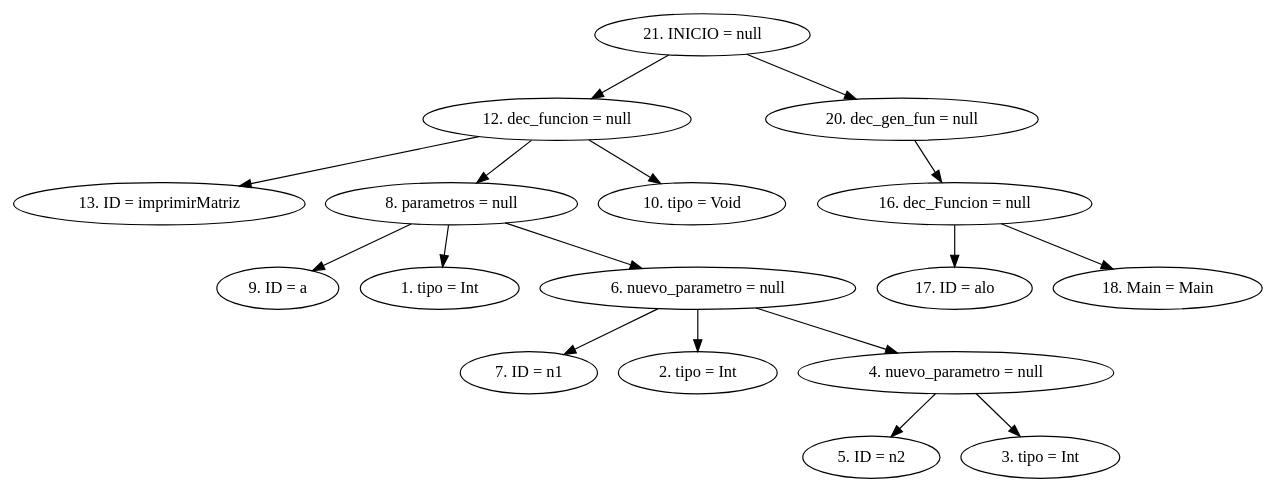
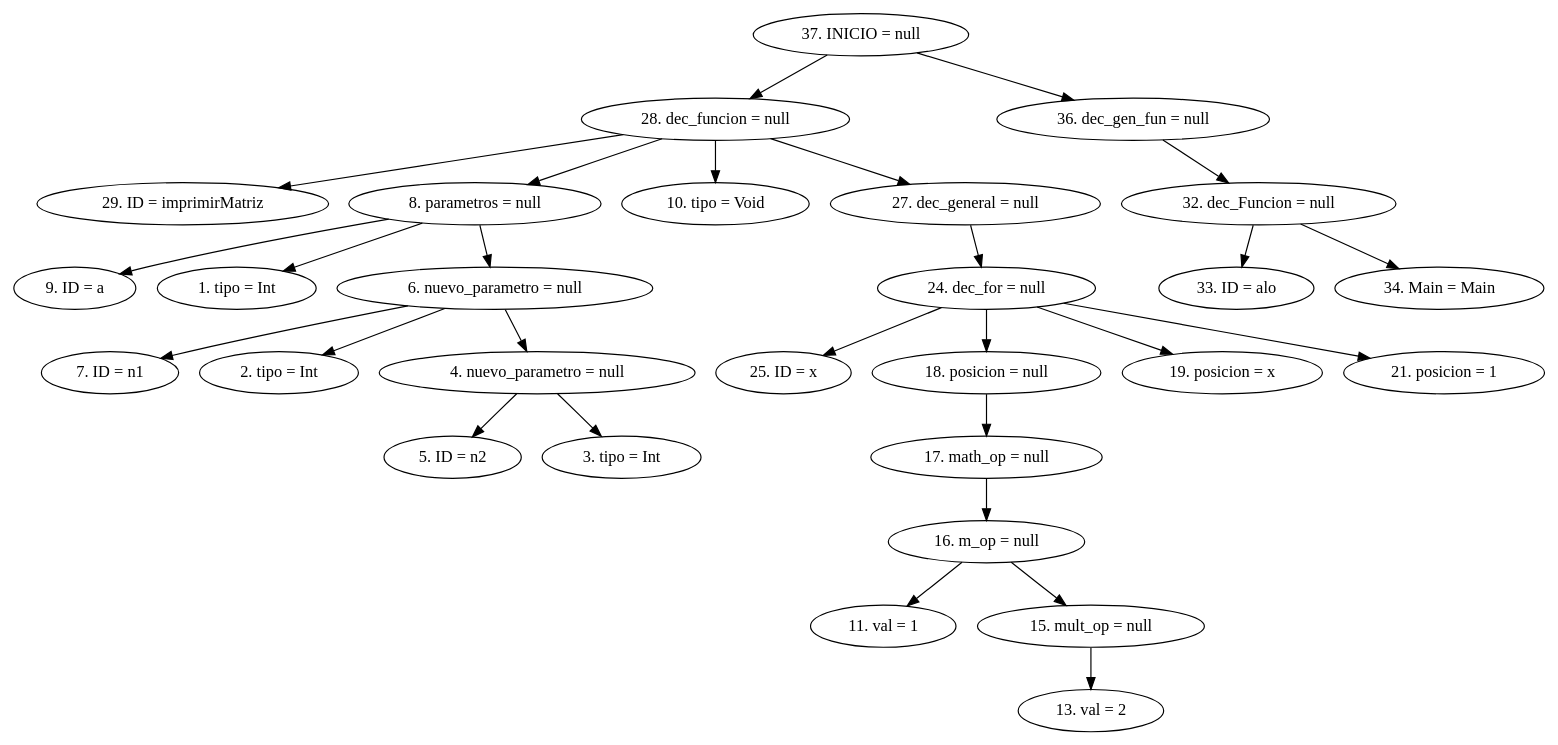
One commit to CarlosSosVos/NACHTs changed the diagram in AST.dot. Above: the diagram before and after it, drawn with Graphviz. The commit also changed 7 other files, not shown here.

```diff
--- a/AST.dot
+++ b/AST.dot
@@ -1,20 +1,31 @@
 digraph G {
-"21. INICIO = null"->"12. dec_funcion = null"
-"12. dec_funcion = null"->"13. ID = imprimirMatriz"
-"12. dec_funcion = null"->"8. parametros = null"
+"37. INICIO = null"->"28. dec_funcion = null"
+"28. dec_funcion = null"->"29. ID = imprimirMatriz"
+"28. dec_funcion = null"->"8. parametros = null"
 "8. parametros = null"->"9. ID = a"
 "8. parametros = null"->"1. tipo = Int"
 "8. parametros = null"->"6. nuevo_parametro = null"
 "6. nuevo_parametro = null"->"7. ID = n1"
 "6. nuevo_parametro = null"->"2. tipo = Int"
 "6. nuevo_parametro = null"->"4. nuevo_parametro = null"
 "4. nuevo_parametro = null"->"5. ID = n2"
 "4. nuevo_parametro = null"->"3. tipo = Int"
-"12. dec_funcion = null"->"10. tipo = Void"
-"21. INICIO = null"->"20. dec_gen_fun = null"
-"20. dec_gen_fun = null"->"16. dec_Funcion = null"
-"16. dec_Funcion = null"->"17. ID = alo"
-"16. dec_Funcion = null"->"18. Main = Main"
+"28. dec_funcion = null"->"10. tipo = Void"
+"28. dec_funcion = null"->"27. dec_general = null"
+"27. dec_general = null"->"24. dec_for = null"
+"24. dec_for = null"->"25. ID = x"
+"24. dec_for = null"->"18. posicion = null"
+"18. posicion = null"->"17. math_op = null"
+"17. math_op = null"->"16. m_op = null"
+"16. m_op = null"->"11. val = 1"
+"16. m_op = null"->"15. mult_op = null"
+"15. mult_op = null"->"13. val = 2"
+"24. dec_for = null"->"19. posicion = x"
+"24. dec_for = null"->"21. posicion = 1"
+"37. INICIO = null"->"36. dec_gen_fun = null"
+"36. dec_gen_fun = null"->"32. dec_Funcion = null"
+"32. dec_Funcion = null"->"33. ID = alo"
+"32. dec_Funcion = null"->"34. Main = Main"
 
 
 }
```
